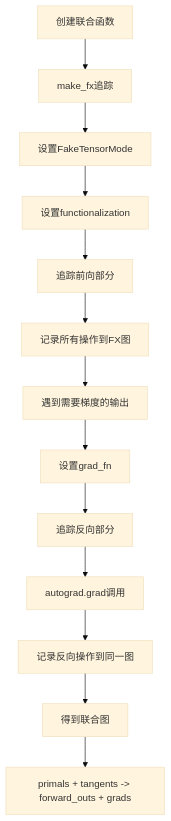
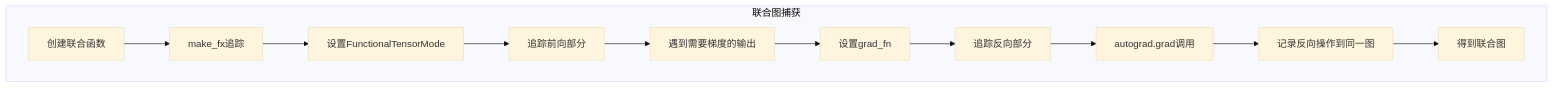
One commit to s0okiym/share changed the fourth of 11 diagrams in torch/opencode_kimi_aot_autograd.md. Above: the diagram before and after it, drawn with Mermaid (base theme). The commit also changed other lines of this file and 9 other files, not shown here.

````diff
--- a/torch/opencode_kimi_aot_autograd.md
+++ b/torch/opencode_kimi_aot_autograd.md
@@ -289,20 +406,14 @@
 ```mermaid
 flowchart TD
-    A["创建联合函数"] --> B["make_fx追踪"]
-
-    B --> C["设置FakeTensorMode"]
-    C --> D["设置functionalization"]
-
-    D --> E["追踪前向部分"]
-    E --> F["记录所有操作到FX图"]
-
-    F --> G["遇到需要梯度的输出"]
-    G --> H["设置grad_fn"]
-
-    H --> I["追踪反向部分"]
-    I --> J["autograd.grad调用"]
-    J --> K["记录反向操作到同一图"]
-
-    K --> L["得到联合图"]
-    L --> M["primals + tangents -> forward_outs + grads"]
+    subgraph "联合图捕获"
+        A["创建联合函数"] --> B["make_fx追踪"]
+        B --> C["设置FunctionalTensorMode"]
+        C --> D["追踪前向部分"]
+        D --> E["遇到需要梯度的输出"]
+        E --> F["设置grad_fn"]
+        F --> G["追踪反向部分"]
+        G --> H["autograd.grad调用"]
+        H --> I["记录反向操作到同一图"]
+        I --> J["得到联合图"]
+    end
 ```
````
